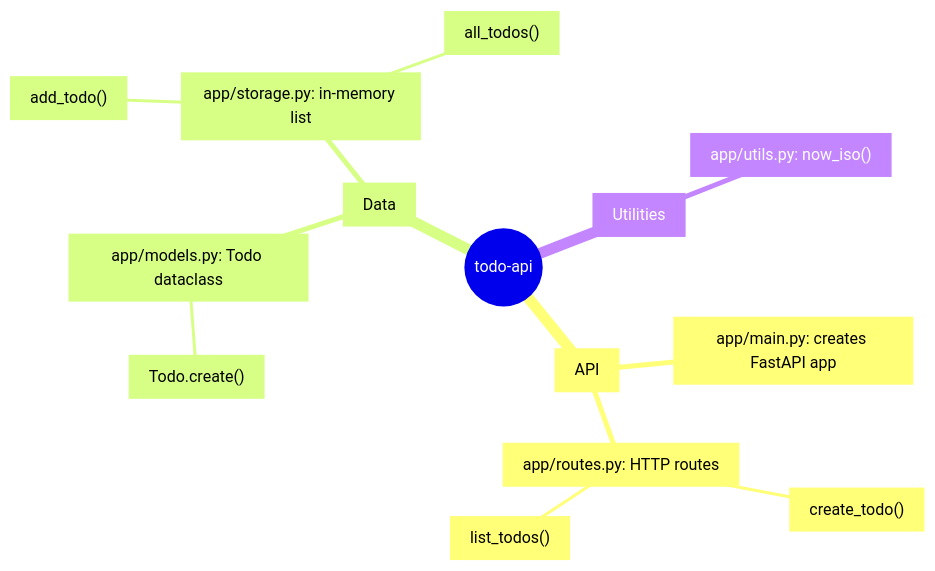
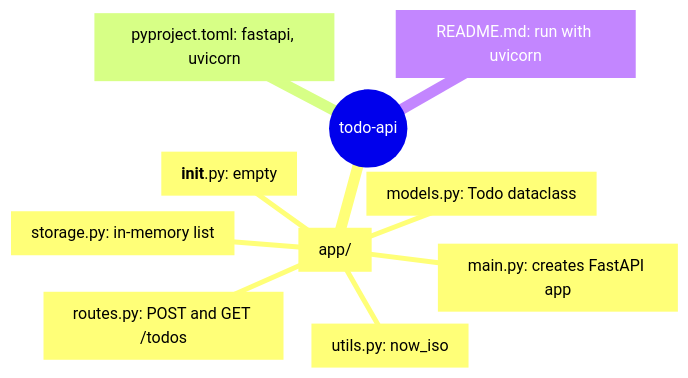
The diagram in examples/python-todo-api/docs/codemap/mindmap.md (hxxnn/codemap), drawn with Mermaid before and after one commit. The commit also changed other lines of this file and 35 other files, not shown here.

First line of the commit message:
test: regenerate examples with the final diagram rules

````diff
--- a/examples/python-todo-api/docs/codemap/mindmap.md
+++ b/examples/python-todo-api/docs/codemap/mindmap.md
@@ -14,17 +14,13 @@
 ```mermaid
 mindmap
   root((todo-api))
-    a1["API"]
-      a2["app/main.py: creates FastAPI app"]
-      a3["app/routes.py: HTTP routes"]
-        a4["create_todo()"]
-        a5["list_todos()"]
-    a6["Data"]
-      a7["app/models.py: Todo dataclass"]
-        a8["Todo.create()"]
-      a9["app/storage.py: in-memory list"]
-        a10["add_todo()"]
-        a11["all_todos()"]
-    a12["Utilities"]
-      a13["app/utils.py: now_iso()"]
+    n1["app/"]
+      n2["main.py: creates FastAPI app"]
+      n3["routes.py: POST and GET /todos"]
+      n4["models.py: Todo dataclass"]
+      n5["storage.py: in-memory list"]
+      n6["utils.py: now_iso"]
+      n7["__init__.py: empty"]
+    n8["pyproject.toml: fastapi, uvicorn"]
+    n9["README.md: run with uvicorn"]
 ```
````
